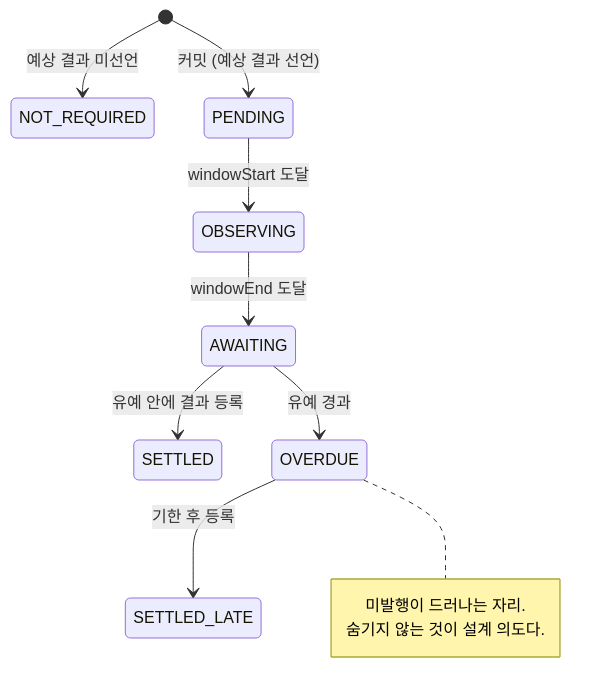
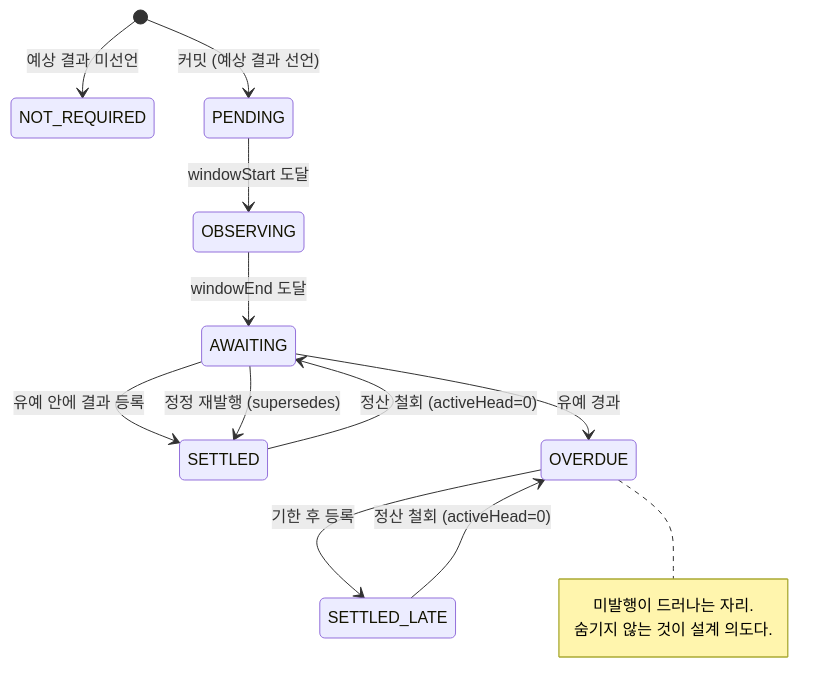
One commit to Bo621/POI changed the diagram in gitbook/usage/screens.md. Above: the diagram before and after it, drawn with Mermaid. The commit also changed 13 other files, not shown here.

````diff
--- a/gitbook/usage/screens.md
+++ b/gitbook/usage/screens.md
@@ -18,15 +18,18 @@
 ```mermaid
 stateDiagram-v2
     [*] --> NOT_REQUIRED: 예상 결과 미선언
     [*] --> PENDING: 커밋 (예상 결과 선언)
     PENDING --> OBSERVING: windowStart 도달
     OBSERVING --> AWAITING: windowEnd 도달
     AWAITING --> SETTLED: 유예 안에 결과 등록
     AWAITING --> OVERDUE: 유예 경과
     OVERDUE --> SETTLED_LATE: 기한 후 등록
+    SETTLED --> AWAITING: 정산 철회 (activeHead=0)
+    SETTLED_LATE --> OVERDUE: 정산 철회 (activeHead=0)
+    AWAITING --> SETTLED: 정정 재발행 (supersedes)
 
     note right of OVERDUE
         미발행이 드러나는 자리.
         숨기지 않는 것이 설계 의도다.
     end note
 ```
````
